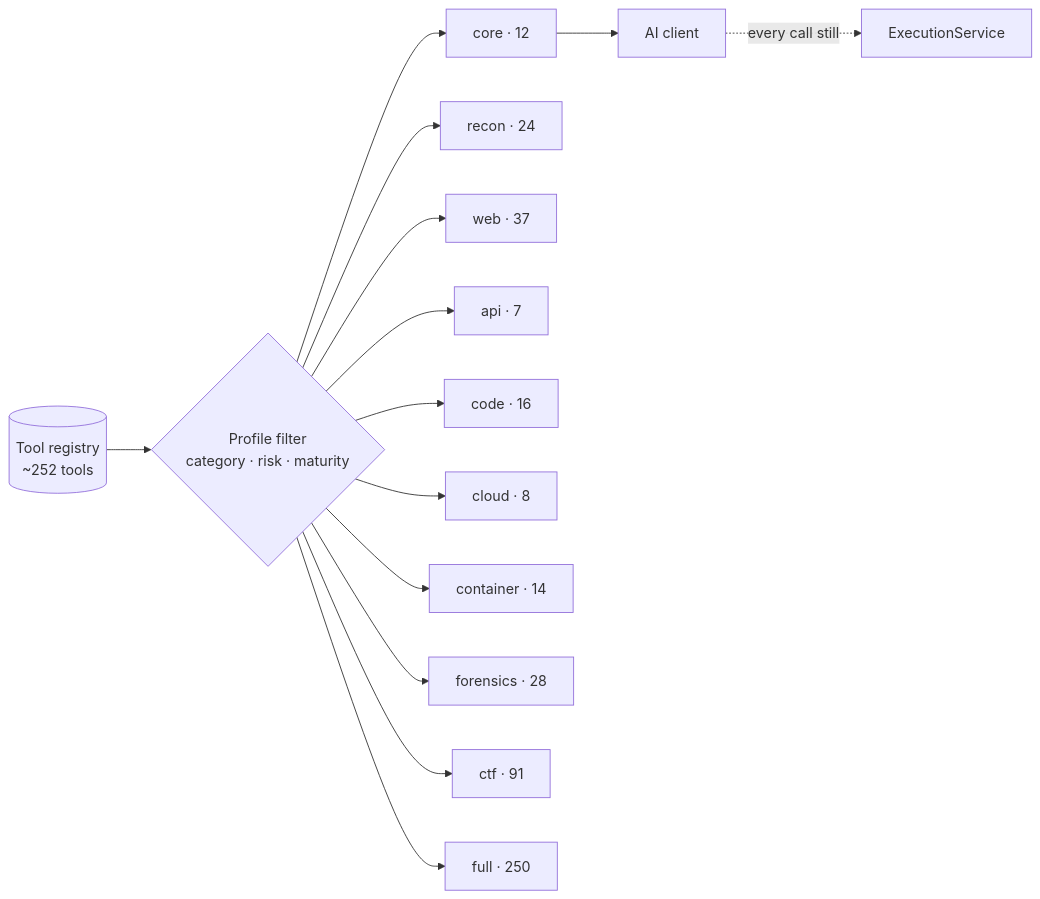
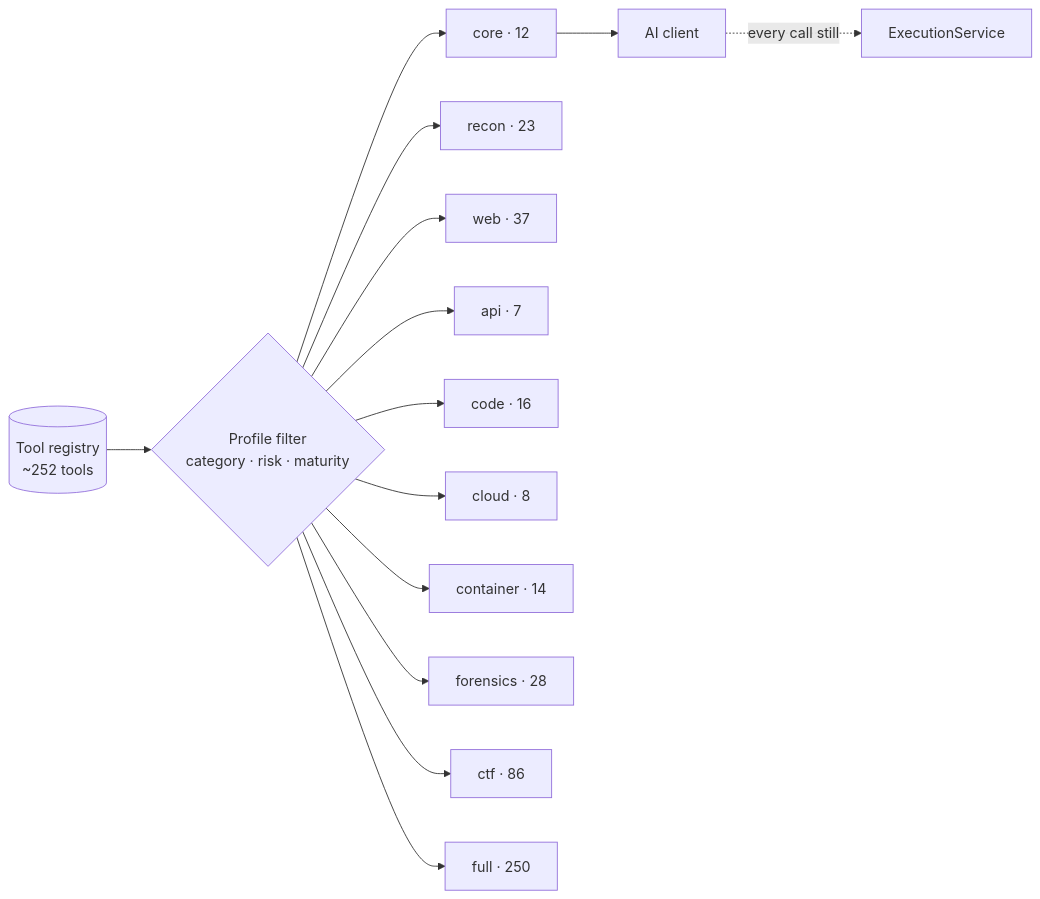
Before and after one commit to Arseno25/nexhunter: the sixth of 6 diagrams in docs/architecture.md, drawn with Mermaid. The commit also changed 3 other files, not shown here.

````diff
--- a/docs/architecture.md
+++ b/docs/architecture.md
@@ -196,17 +196,17 @@
 ```mermaid
 flowchart LR
     REG[(Tool registry<br/>~252 tools)] --> F{Profile filter<br/>category · risk · maturity}
     F --> C[core · 12]
-    F --> RC[recon · 24]
+    F --> RC[recon · 23]
     F --> W[web · 37]
     F --> AP[api · 7]
     F --> CD[code · 16]
     F --> CL[cloud · 8]
     F --> CT[container · 14]
     F --> FR[forensics · 28]
-    F --> CTF[ctf · 91]
+    F --> CTF[ctf · 86]
     F --> FU[full · 250]
 
     C --> CLIENT[AI client]
     CLIENT -.->|every call still| SVC[ExecutionService]
 ```
````
